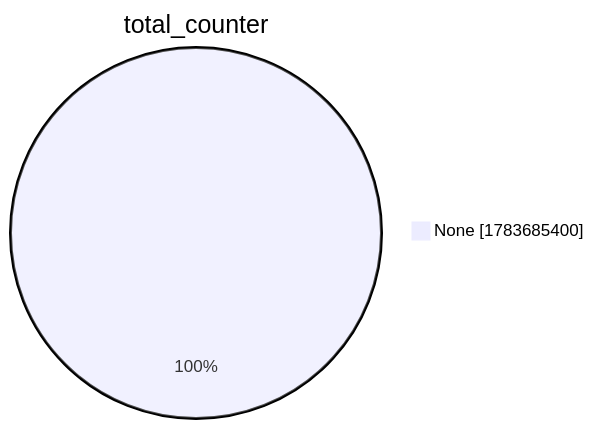
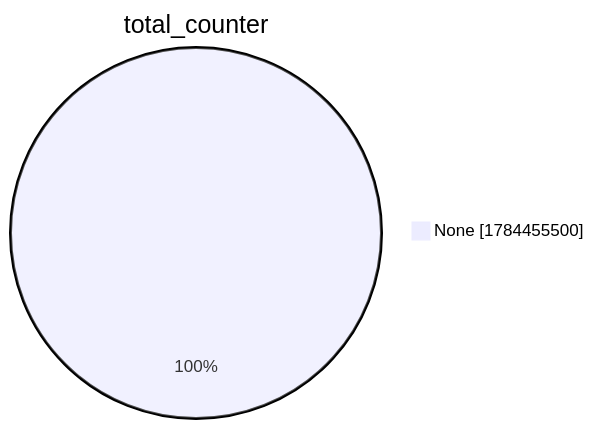
One commit to christiankrug/ctmonitor_visualization changed the second of 15 diagrams in xenon2022/README.md. Above: the diagram before and after it, drawn with Mermaid. The commit also changed other lines of this file, not shown here.

````diff
--- a/xenon2022/README.md
+++ b/xenon2022/README.md
@@ -9,5 +9,5 @@
 ```mermaid
 pie showData
 title total_counter
-"None" :1783685400
+"None" :1784455500
 ```
````
